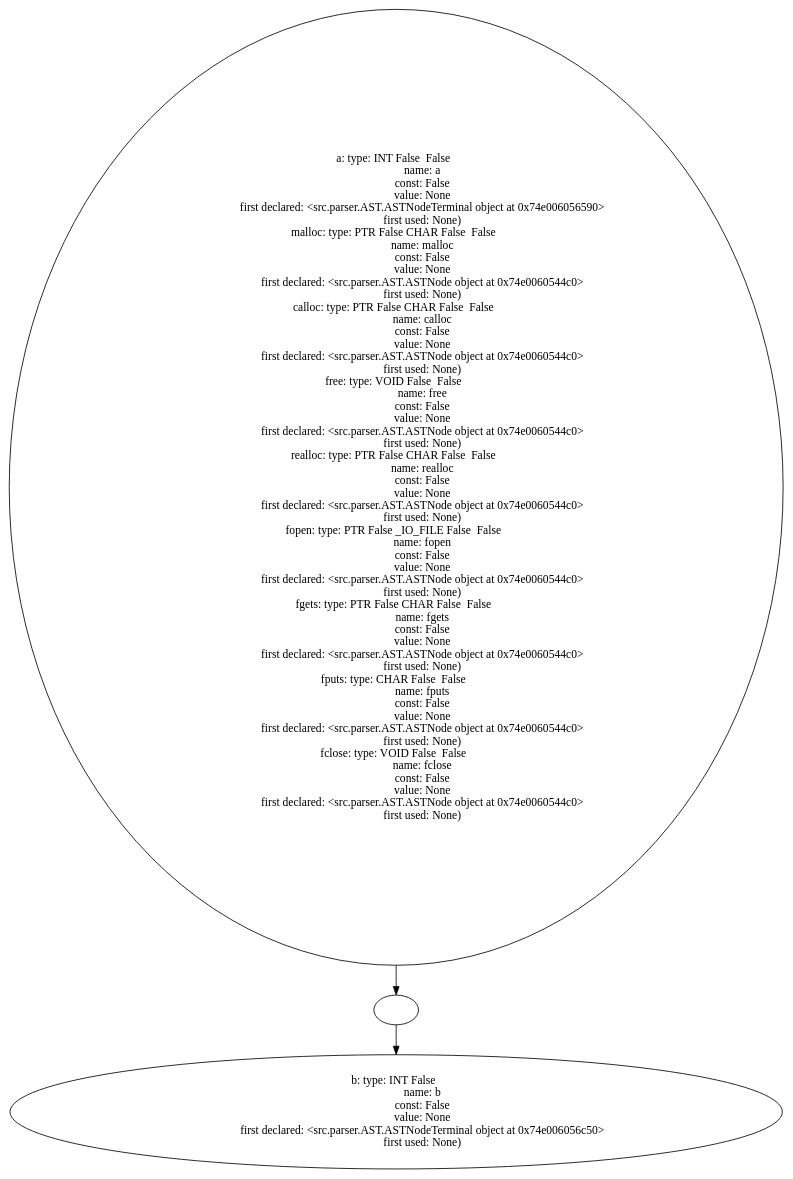
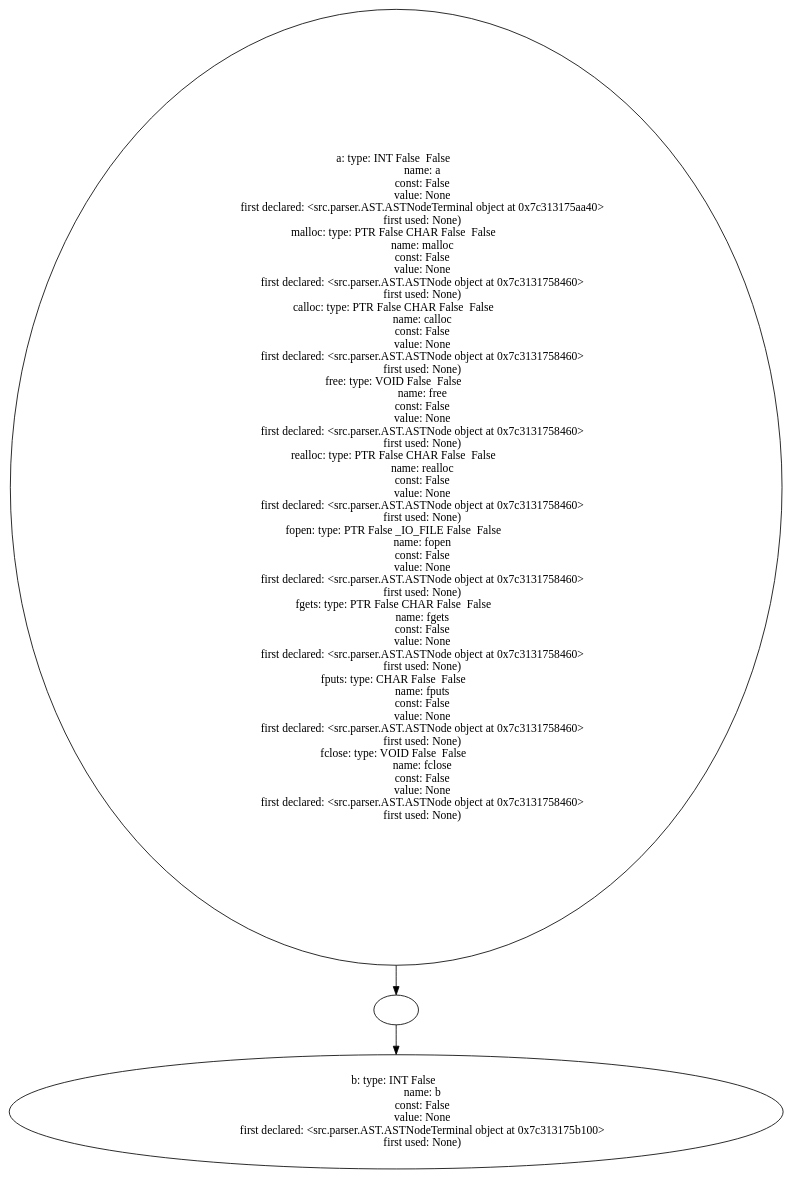
Before and after one commit to Are-you-listening/Compilers: the diagram in example_source_files/6_main/6_main_table.dot, drawn with Graphviz. The commit also changed 281 other files, not shown here.

```diff
--- a/example_source_files/6_main/6_main_table.dot
+++ b/example_source_files/6_main/6_main_table.dot
@@ -1,65 +1,65 @@
 digraph AST {
-  "128505522517568" [label="a: type: INT False  False  
+  "136550725040880" [label="a: type: INT False  False  
                    name: a
                    const: False
                    value: None
-                   first declared: <src.parser.AST.ASTNodeTerminal object at 0x74e006056590>
+                   first declared: <src.parser.AST.ASTNodeTerminal object at 0x7c313175aa40>
                    first used: None)
 malloc: type: PTR False CHAR False  False  
                    name: malloc
                    const: False
                    value: None
-                   first declared: <src.parser.AST.ASTNode object at 0x74e0060544c0>
+                   first declared: <src.parser.AST.ASTNode object at 0x7c3131758460>
                    first used: None)
 calloc: type: PTR False CHAR False  False  
                    name: calloc
                    const: False
                    value: None
-                   first declared: <src.parser.AST.ASTNode object at 0x74e0060544c0>
+                   first declared: <src.parser.AST.ASTNode object at 0x7c3131758460>
                    first used: None)
 free: type: VOID False  False  
                    name: free
                    const: False
                    value: None
-                   first declared: <src.parser.AST.ASTNode object at 0x74e0060544c0>
+                   first declared: <src.parser.AST.ASTNode object at 0x7c3131758460>
                    first used: None)
 realloc: type: PTR False CHAR False  False  
                    name: realloc
                    const: False
                    value: None
-                   first declared: <src.parser.AST.ASTNode object at 0x74e0060544c0>
+                   first declared: <src.parser.AST.ASTNode object at 0x7c3131758460>
                    first used: None)
 fopen: type: PTR False _IO_FILE False  False  
                    name: fopen
                    const: False
                    value: None
-                   first declared: <src.parser.AST.ASTNode object at 0x74e0060544c0>
+                   first declared: <src.parser.AST.ASTNode object at 0x7c3131758460>
                    first used: None)
 fgets: type: PTR False CHAR False  False  
                    name: fgets
                    const: False
                    value: None
-                   first declared: <src.parser.AST.ASTNode object at 0x74e0060544c0>
+                   first declared: <src.parser.AST.ASTNode object at 0x7c3131758460>
                    first used: None)
 fputs: type: CHAR False  False  
                    name: fputs
                    const: False
                    value: None
-                   first declared: <src.parser.AST.ASTNode object at 0x74e0060544c0>
+                   first declared: <src.parser.AST.ASTNode object at 0x7c3131758460>
                    first used: None)
 fclose: type: VOID False  False  
                    name: fclose
                    const: False
                    value: None
-                   first declared: <src.parser.AST.ASTNode object at 0x74e0060544c0>
+                   first declared: <src.parser.AST.ASTNode object at 0x7c3131758460>
                    first used: None)"];
-  "128505522517568" -> "128505522516320";
-  "128505522516320" [label=""];
-  "128505522516320" -> "128505522516272";
-  "128505522516272" [label="b: type: INT False  
+  "136550725040880" -> "136550725039488";
+  "136550725039488" [label=""];
+  "136550725039488" -> "136550725038816";
+  "136550725038816" [label="b: type: INT False  
                    name: b
                    const: False
                    value: None
-                   first declared: <src.parser.AST.ASTNodeTerminal object at 0x74e006056c50>
+                   first declared: <src.parser.AST.ASTNodeTerminal object at 0x7c313175b100>
                    first used: None)"];
 }
```
